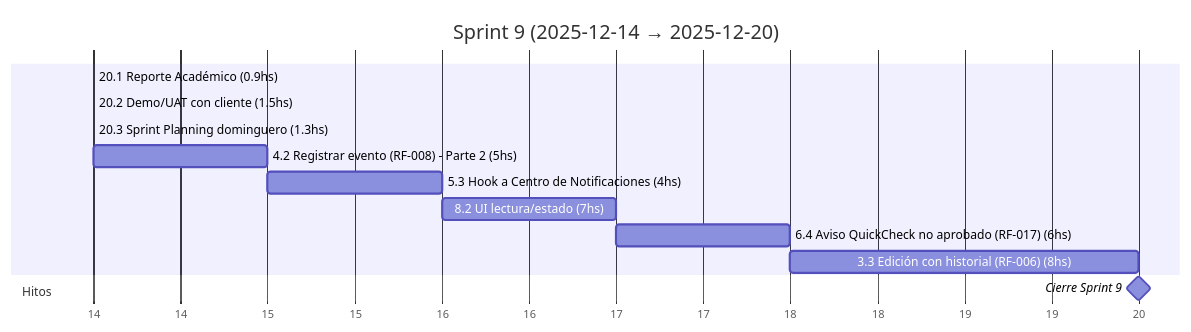
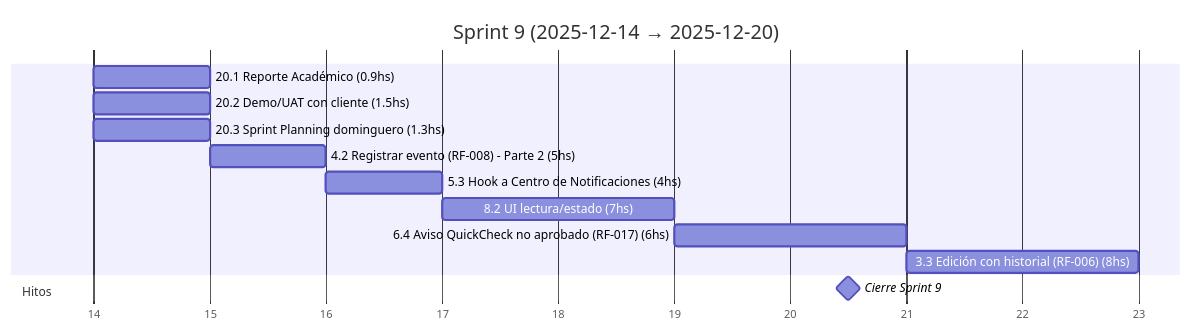
Before and after one commit to MarkMed/FleetMan: the tenth of 18 diagrams in docs/SprintsGantts.md, drawn with Mermaid. The commit also changed other lines of this file, not shown here.

````diff
--- a/docs/SprintsGantts.md
+++ b/docs/SprintsGantts.md
@@ -244,20 +244,20 @@
 ```mermaid
 gantt
   title Sprint 9 (2025-12-14 → 2025-12-20)
   dateFormat  YYYY-MM-DD
   axisFormat  %d
 
   %% Asumimos 5 h/día. Horas estimadas incluidas en el nombre.
 
-  20.1 Reporte Académico (0.9hs)               :t201, 2025-12-14, 0.2d
-  20.2 Demo/UAT con cliente (1.5hs)            :t202, after t201, 0.3d
-  20.3 Sprint Planning dominguero (1.3hs)      :t203, after t202, 0.3d
+  20.1 Reporte Académico (0.9hs)               :t201, 2025-12-14, 1d
+  20.2 Demo/UAT con cliente (1.5hs)            :t202, 2025-12-14, 1d
+  20.3 Sprint Planning dominguero (1.3hs)      :t203, 2025-12-14, 1d
   4.2 Registrar evento (RF-008) - Parte 2 (5hs) :t422, after t203, 1d
-  5.3 Hook a Centro de Notificaciones (4hs)    :t53, after t422, 0.8d
-  8.2 UI lectura/estado (7hs)                  :t82, after t53, 1.4d
-  6.4 Aviso QuickCheck no aprobado (RF-017) (6hs) :t64, after t82, 1.2d
-  3.3 Edición con historial (RF-006) (8hs)     :t33, after t64, 1.6d
+  5.3 Hook a Centro de Notificaciones (4hs)    :t53, after t422, 1d
+  8.2 UI lectura/estado (7hs)                  :t82, after t53, 2d
+  6.4 Aviso QuickCheck no aprobado (RF-017) (6hs) :t64, after t82, 2d
+  3.3 Edición con historial (RF-006) (8hs)     :t33, after t64, 2d
 
   section Hitos
-  Cierre Sprint 9                              :milestone, s9, 2025-12-20, 0d
+  Cierre Sprint 9                              :milestone, s9, 2025-12-20, 1d
 ```
````
